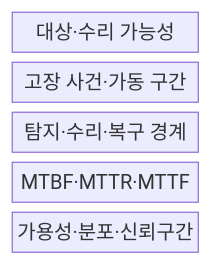
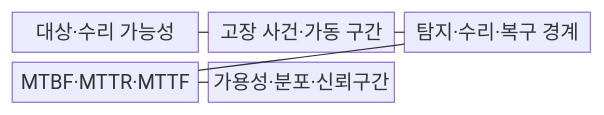
One commit to agnusdei1207/knowledge-base changed the first of 2 diagrams in src/content/docs/notes/06-evaluation/012_reliability_metrics_mtbf_mttr.md. Above: the diagram before and after it, drawn with Mermaid. The commit also changed other lines of this file and 53 other files, not shown here.

````diff
--- a/src/content/docs/notes/06-evaluation/012_reliability_metrics_mtbf_mttr.md
+++ b/src/content/docs/notes/06-evaluation/012_reliability_metrics_mtbf_mttr.md
@@ -51,9 +51,13 @@
 ```mermaid
 block-beta
-  columns 1
+  columns 3
   S["대상·수리 가능성"]
   F["고장 사건·가동 구간"]
   R["탐지·수리·복구 경계"]
   M["MTBF·MTTR·MTTF"]
   A["가용성·분포·신뢰구간"]
+  S --- F
+  F --- R
+  R --- M
+  M --- A
 ```
````
